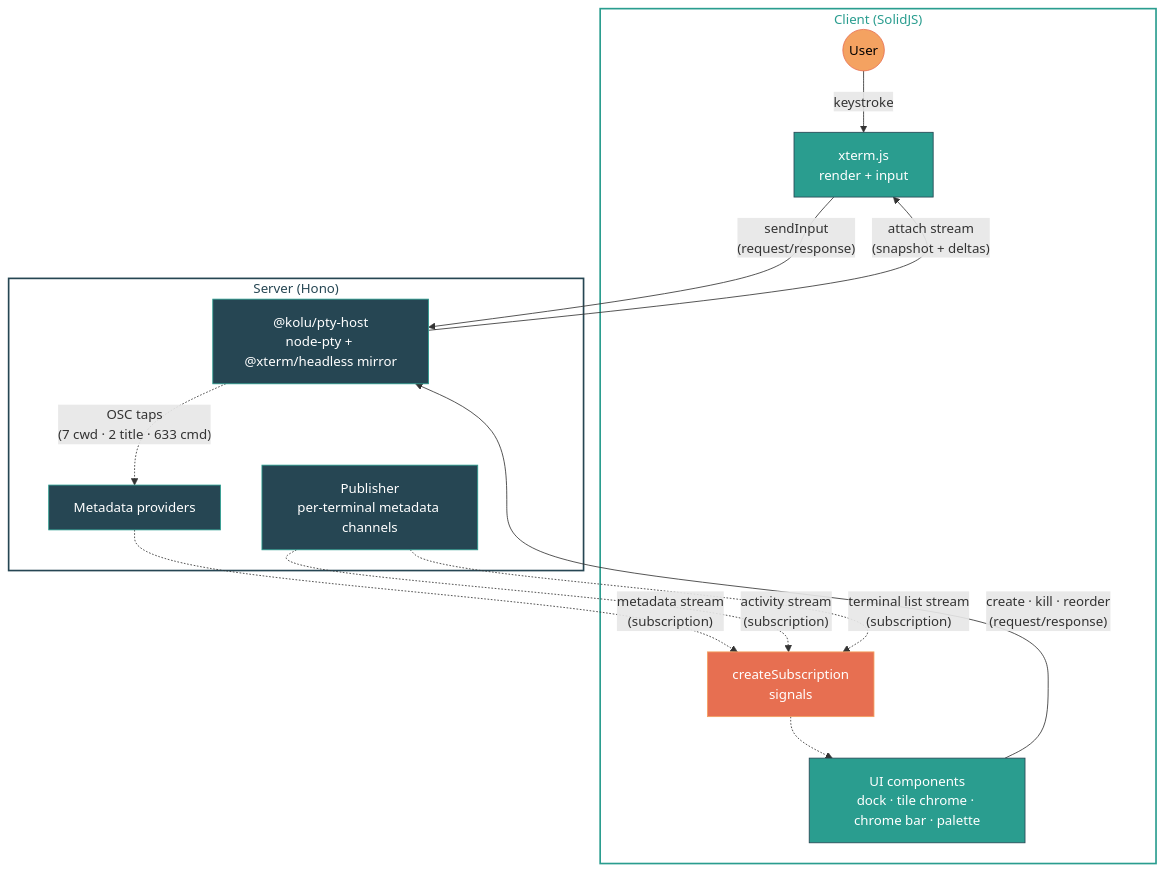
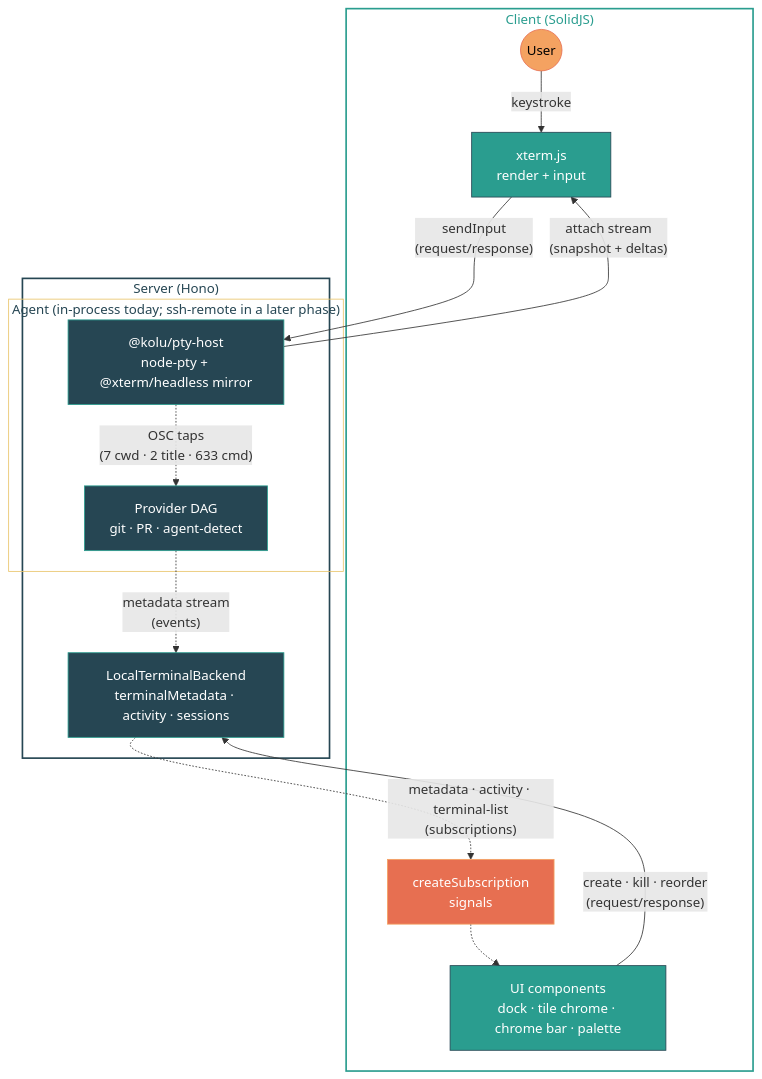
One commit to juspay/kolu changed the diagram in README.md. Above: the diagram before and after it, drawn with Mermaid. The commit also changed other lines of this file and 5 other files, not shown here.

````diff
--- a/README.md
+++ b/README.md
@@ -232,40 +232,40 @@
 ```mermaid
 flowchart TB
   subgraph Client["Client (SolidJS)"]
     User((User)):::user
     Xterm["xterm.js\nrender + input"]:::client
     Subs["createSubscription\nsignals"]:::cache
     UI["UI components\ndock · tile chrome · chrome bar · palette"]:::client
   end
 
   subgraph Server["Server (Hono)"]
-    Host["@kolu/pty-host\nnode-pty + @xterm/headless mirror"]:::server
-    Pub["Publisher\nper-terminal metadata channels"]:::server
-    Providers["Metadata providers"]:::server
+    subgraph Agent["Agent (in-process today; ssh-remote in a later phase)"]
+      Host["@kolu/pty-host\nnode-pty + @xterm/headless mirror"]:::server
+      Providers["Provider DAG\ngit · PR · agent-detect"]:::server
+    end
+    Backend["LocalTerminalBackend\nterminalMetadata · activity · sessions"]:::server
   end
 
   %% Terminal I/O loop
   User -->|"keystroke"| Xterm
   Xterm -->|"sendInput\n(request/response)"| Host
   Host -->|"attach stream\n(snapshot + deltas)"| Xterm
 
   %% Metadata loop
   Host -.->|"OSC taps\n(7 cwd · 2 title · 633 cmd)"| Providers
-  Providers -.->|"metadata stream\n(subscription)"| Subs
-  Pub -.->|"activity stream\n(subscription)"| Subs
+  Providers -.->|"metadata stream\n(events)"| Backend
+  Backend -.->|"metadata · activity · terminal-list\n(subscriptions)"| Subs
   Subs -.-> UI
 
-  %% Terminal list (server-pushed on create/kill/reorder)
-  Pub -.->|"terminal list stream\n(subscription)"| Subs
-
   %% User actions
-  UI -->|"create · kill · reorder\n(request/response)"| Host
+  UI -->|"create · kill · reorder\n(request/response)"| Backend
 
   classDef user fill:#f4a261,stroke:#e76f51,color:#000
   classDef client fill:#2a9d8f,stroke:#264653,color:#fff
   classDef cache fill:#e76f51,stroke:#f4a261,color:#fff
   classDef server fill:#264653,stroke:#2a9d8f,color:#fff
 
   style Client fill:none,stroke:#2a9d8f,stroke-width:2px,color:#2a9d8f
   style Server fill:none,stroke:#264653,stroke-width:2px,color:#264653
+  style Agent fill:none,stroke:#e9c46a,stroke-width:1px,color:#264653
 ```
````
